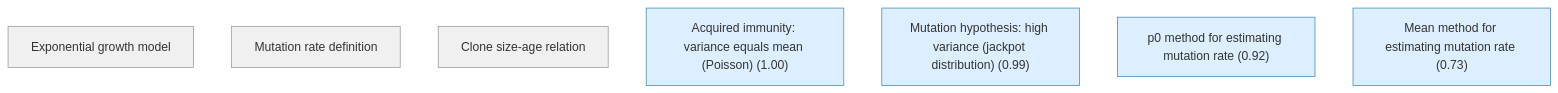
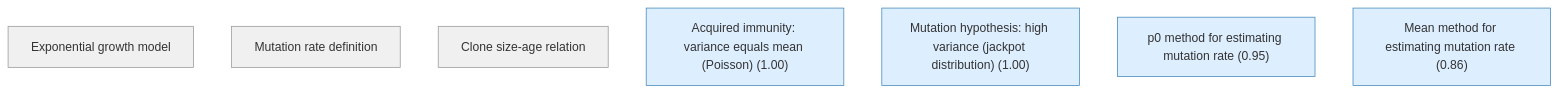
One commit to kunyuan/luria-delbruck-fluctuation-gaia changed the second of 6 diagrams in docs/detailed-reasoning.md. Above: the diagram before and after it, drawn with Mermaid. The commit also changed other lines of this file and 1 other file, not shown here.

````diff
--- a/docs/detailed-reasoning.md
+++ b/docs/detailed-reasoning.md
@@ -104,20 +104,20 @@
 ```mermaid
 graph TD
     exponential_growth_model["Exponential growth model"]:::setting
     mutation_rate_definition["Mutation rate definition"]:::setting
     clone_size_age_relation["Clone size-age relation"]:::setting
     immunity_variance_equals_mean["Acquired immunity: variance equals mean (Poisson) (1.00)"]:::premise
-    mutation_high_variance["Mutation hypothesis: high variance (jackpot distribution) (0.99)"]:::premise
-    p0_mutation_rate_relation["p0 method for estimating mutation rate (0.92)"]:::premise
-    mean_method_mutation_rate["Mean method for estimating mutation rate (0.73)"]:::premise
+    mutation_high_variance["Mutation hypothesis: high variance (jackpot distribution) (1.00)"]:::premise
+    p0_mutation_rate_relation["p0 method for estimating mutation rate (0.95)"]:::premise
+    mean_method_mutation_rate["Mean method for estimating mutation rate (0.86)"]:::premise
 
     classDef setting fill:#f0f0f0,stroke:#999,color:#333
     classDef premise fill:#ddeeff,stroke:#4488bb,color:#333
     classDef derived fill:#ddffdd,stroke:#44bb44,color:#333
     classDef question fill:#fff3dd,stroke:#cc9944,color:#333
     classDef background fill:#f5f5f5,stroke:#bbb,stroke-dasharray: 5 5,color:#333
     classDef orphan fill:#fff,stroke:#ccc,stroke-dasharray: 5 5,color:#333
     classDef external fill:#fff,stroke:#aaa,stroke-dasharray: 3 3,color:#333
     classDef weak fill:#fff9c4,stroke:#f9a825,stroke-dasharray: 5 5,color:#333
     classDef contra fill:#ffebee,stroke:#c62828,color:#333
 ```
````
